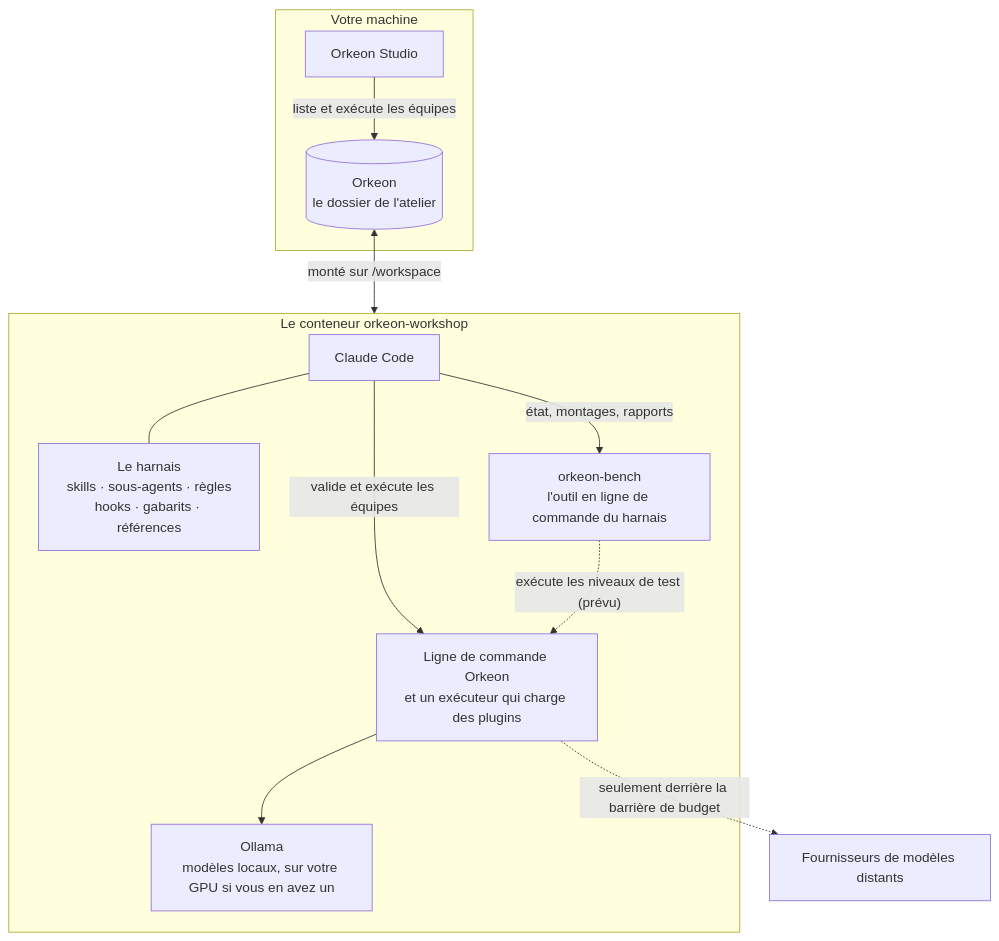
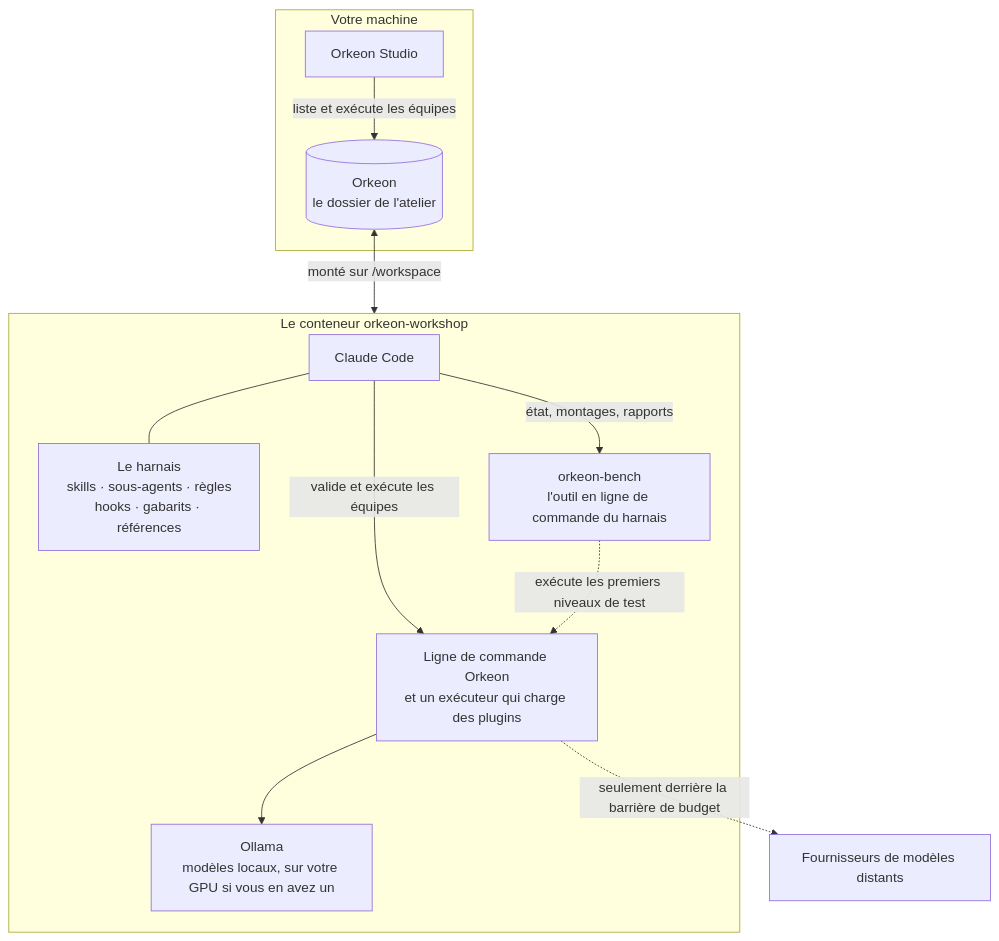
The diagram in docs/fr/concepts/workshop.md (Orkeon/orkeon-workshop), drawn with Mermaid before and after one commit. The commit also changed other lines of this file and 226 other files, not shown here.

````diff
--- a/docs/fr/concepts/workshop.md
+++ b/docs/fr/concepts/workshop.md
@@ -11,23 +11,23 @@
 ```mermaid
 flowchart TB
     subgraph host["Votre machine"]
         studio["Orkeon Studio"]
         folder[("Orkeon<br/>le dossier de l'atelier")]
     end
     subgraph box["Le conteneur orkeon-workshop"]
         claude["Claude Code"]
         harness["Le harnais<br/>skills · sous-agents · règles<br/>hooks · gabarits · références"]
         bench["orkeon-bench<br/>l'outil en ligne de commande du harnais"]
         orkeon["Ligne de commande Orkeon<br/>et un exécuteur qui charge des plugins"]
         ollama["Ollama<br/>modèles locaux, sur votre GPU si vous en avez un"]
         claude --- harness
         claude -->|"état, montages, rapports"| bench
         claude -->|"valide et exécute les équipes"| orkeon
-        bench -.->|"exécute les niveaux de test (prévu)"| orkeon
+        bench -.->|"exécute les premiers niveaux de test"| orkeon
         orkeon --> ollama
     end
     remote["Fournisseurs de modèles distants"]
     studio -->|"liste et exécute les équipes"| folder
     folder <-->|"monté sur /workspace"| box
     orkeon -.->|"seulement derrière la barrière de budget"| remote
 ```
````
